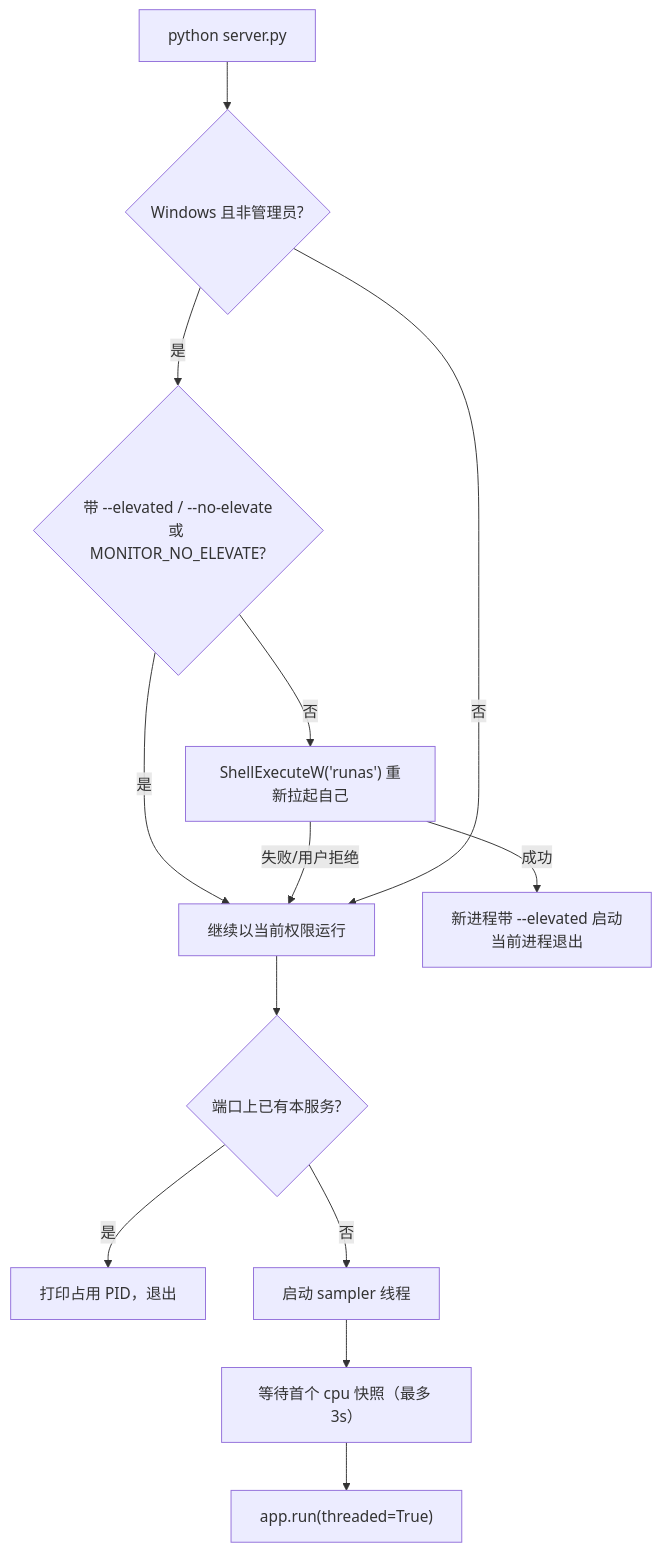
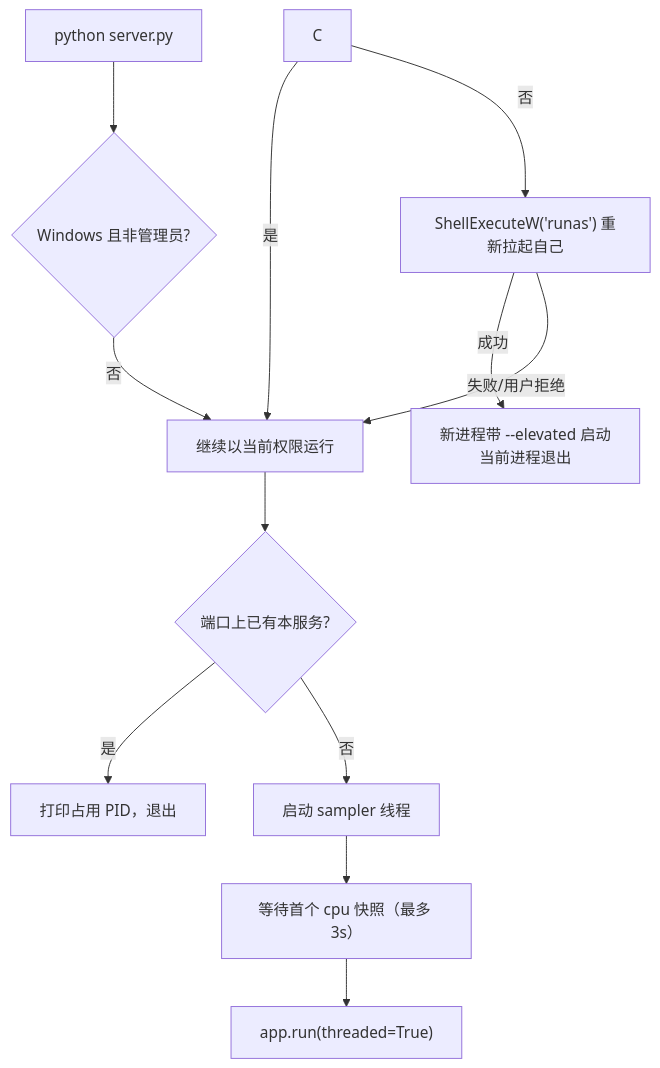
Before and after one commit to tyvtjhj/system-resource-monitor: the third of 4 diagrams in docs/01-架构总览.md, drawn with Mermaid. The commit also changed other lines of this file and 26 other files, not shown here.

````diff
--- a/docs/01-架构总览.md
+++ b/docs/01-架构总览.md
@@ -163,15 +148,14 @@
 ```mermaid
 flowchart TD
     A["python server.py"] --> B{"Windows 且非管理员?"}
-    B -- 是 --> C{"带 --elevated / --no-elevate<br/>或 MONITOR_NO_ELEVATE?"}
     C -- 是 --> D["继续以当前权限运行"]
     C -- 否 --> E["ShellExecuteW('runas') 重新拉起自己"]
     E -- 成功 --> F["新进程带 --elevated 启动<br/>当前进程退出"]
     E -- 失败/用户拒绝 --> D
     B -- 否 --> D
     D --> G{"端口上已有本服务?"}
     G -- 是 --> H["打印占用 PID，退出"]
     G -- 否 --> I["启动 sampler 线程"]
     I --> J["等待首个 cpu 快照（最多 3s）"]
     J --> K["app.run(threaded=True)"]
 ```
````
